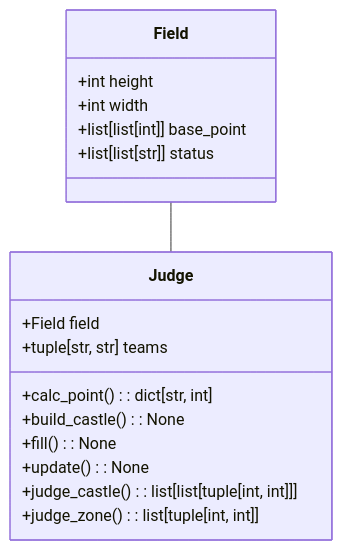
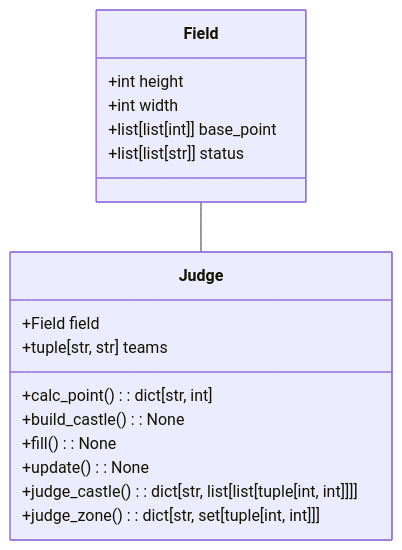
Before and after one commit to nanigasi-san/procon-31-judge-server: the diagram in docs/judge/class.mermaid, drawn with Mermaid. The commit also changed 2 other files, not shown here.

Commit message:
judge_*関数が辞書を返すように変更

```diff
--- a/docs/judge/class.mermaid
+++ b/docs/judge/class.mermaid
@@ -1,18 +1,18 @@
 classDiagram
     Field -- Judge
     class Field {
         +int height
         +int width
         +list[list[int]] base_point
         +list[list[str]] status
     }
     class Judge {
         +Field field
         +tuple[str, str] teams
         +calc_point(): dict[str, int]
         +build_castle(): None
         +fill(): None
         +update(): None
-        +judge_castle(): list[list[tuple[int, int]]]
-        +judge_zone(): list[tuple[int, int]]
+        +judge_castle(): dict[str, list[list[tuple[int, int]]]]
+        +judge_zone(): dict[str, set[tuple[int, int]]]
     }
```
